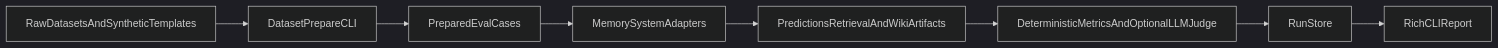
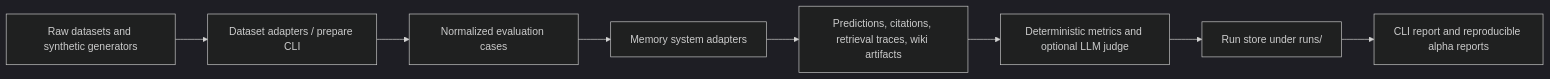
Before and after one commit to userljz/wiki-memory-bench: the diagram in README.md, drawn with Mermaid (dark theme). The commit also changed other lines of this file and 27 other files, not shown here.

````diff
--- a/README.md
+++ b/README.md
@@ -191,10 +128,10 @@
 ```mermaid
 flowchart LR
-    rawData[RawDatasetsAndSyntheticTemplates] --> prepareCli[DatasetPrepareCLI]
-    prepareCli --> preparedCases[PreparedEvalCases]
-    preparedCases --> adapters[MemorySystemAdapters]
-    adapters --> artifacts[PredictionsRetrievalAndWikiArtifacts]
-    artifacts --> metrics[DeterministicMetricsAndOptionalLLMJudge]
-    metrics --> runStore[RunStore]
-    runStore --> reportCli[RichCLIReport]
+    raw[Raw datasets and synthetic generators] --> prepare[Dataset adapters / prepare CLI]
+    prepare --> cases[Normalized evaluation cases]
+    cases --> systems[Memory system adapters]
+    systems --> artifacts[Predictions, citations, retrieval traces, wiki artifacts]
+    artifacts --> metrics[Deterministic metrics and optional LLM judge]
+    metrics --> runs[Run store under runs/]
+    runs --> report[CLI report and reproducible alpha reports]
 ```
````
